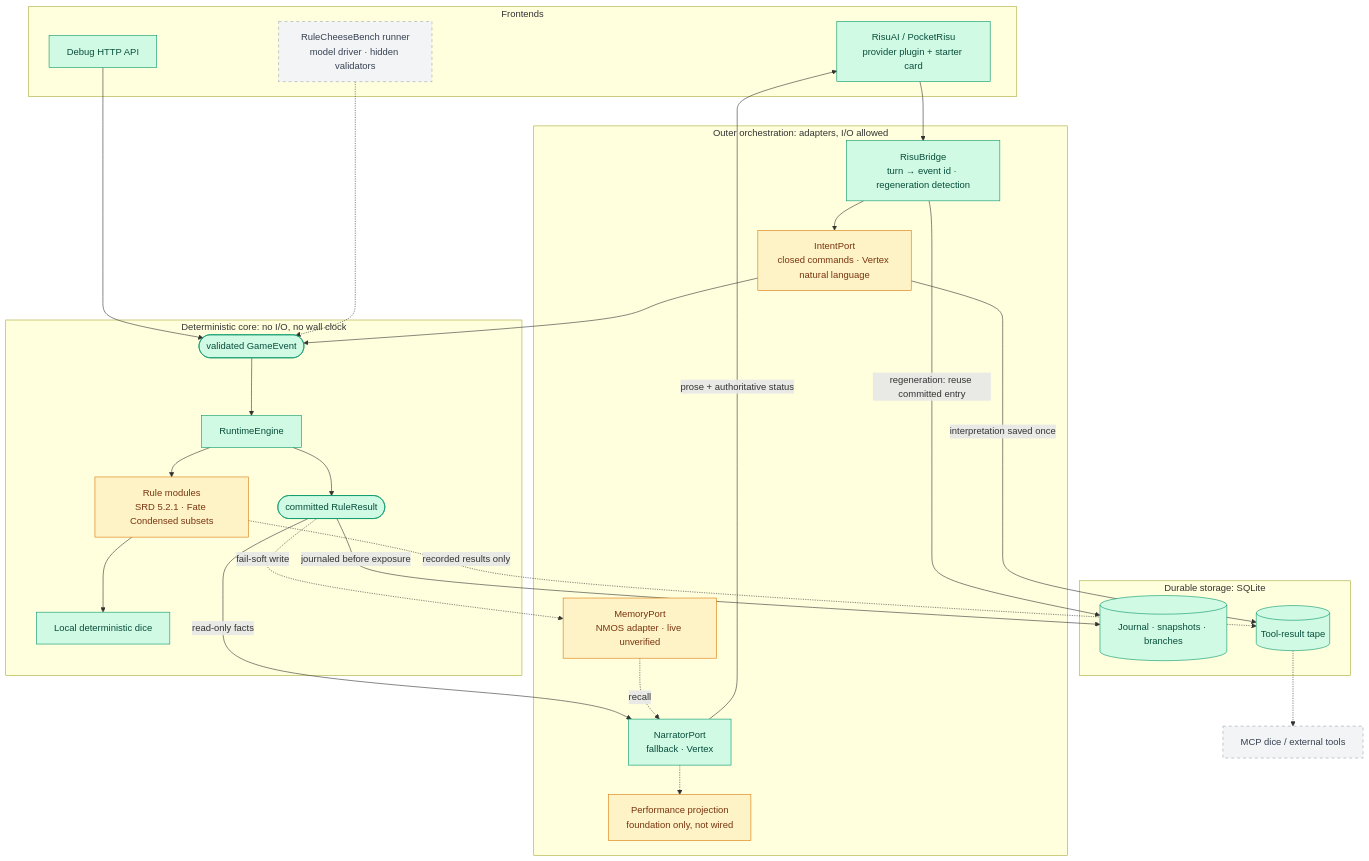
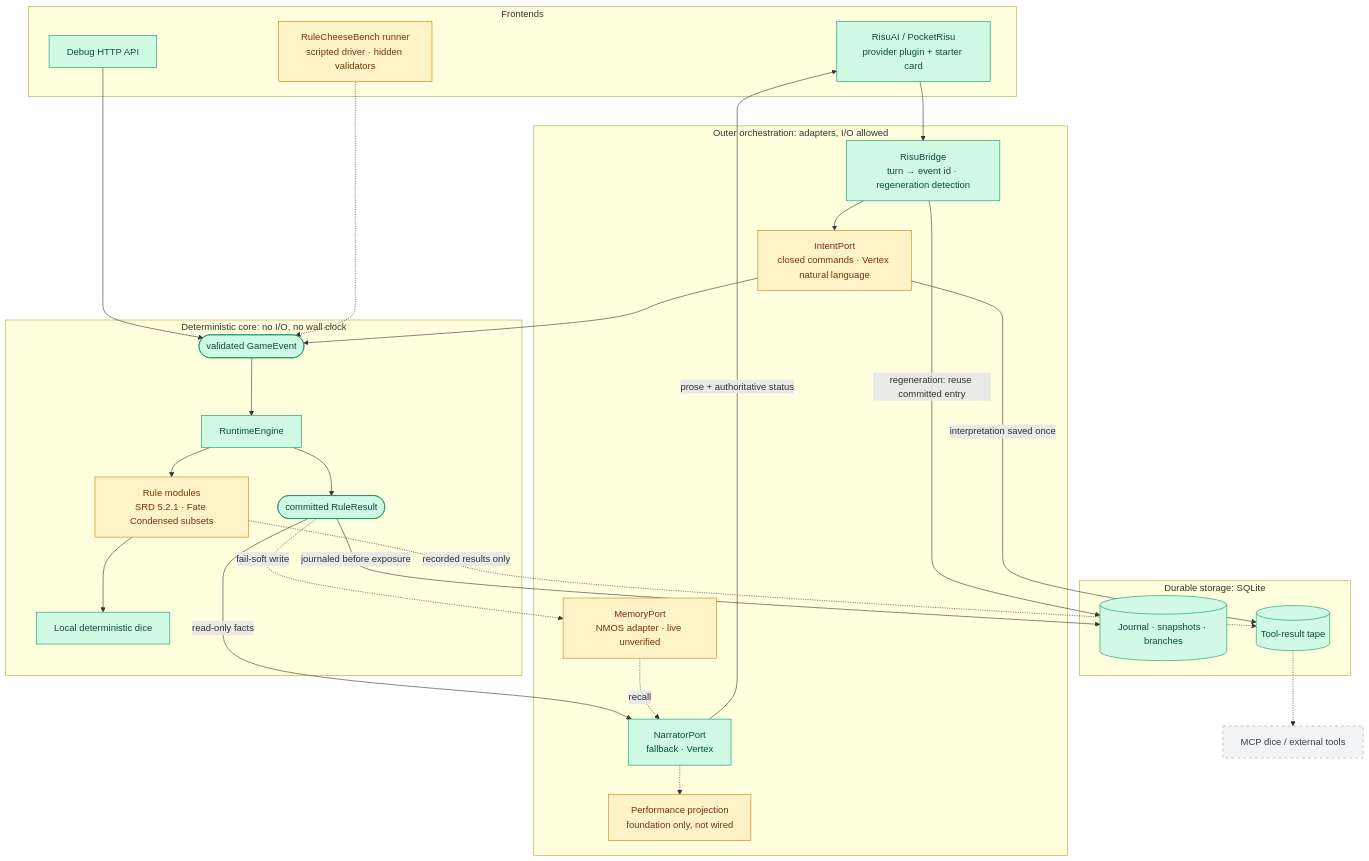
Before and after one commit to Sallos725/SAGA: the first of 2 diagrams in README.md, drawn with Mermaid. The commit also changed other lines of this file and 11 other files, not shown here.

First line of the commit message:
feat: RuleCheeseBench runner on the production runtime

````diff
--- a/README.md
+++ b/README.md
@@ -33,51 +33,51 @@
 ```mermaid
 flowchart TD
     subgraph FE["Frontends"]
         risu["RisuAI / PocketRisu<br/>provider plugin + starter card"]:::done
         http["Debug HTTP API"]:::done
-        bench["RuleCheeseBench runner<br/>model driver · hidden validators"]:::planned
+        bench["RuleCheeseBench runner<br/>scripted driver · hidden validators"]:::partial
     end
 
     subgraph OUT["Outer orchestration: adapters, I/O allowed"]
         bridge["RisuBridge<br/>turn → event id · regeneration detection"]:::done
         intent["IntentPort<br/>closed commands · Vertex natural language"]:::partial
         narr["NarratorPort<br/>fallback · Vertex"]:::done
         mem["MemoryPort<br/>NMOS adapter · live unverified"]:::partial
         perf["Performance projection<br/>foundation only, not wired"]:::partial
     end
 
     subgraph CORE["Deterministic core: no I/O, no wall clock"]
         event(["validated GameEvent"]):::done
         engine["RuntimeEngine"]:::done
         rules["Rule modules<br/>SRD 5.2.1 · Fate Condensed subsets"]:::partial
         dice["Local deterministic dice"]:::done
         result(["committed RuleResult"]):::done
     end
 
     subgraph STORE["Durable storage: SQLite"]
         journal[("Journal · snapshots · branches")]:::done
         tape[("Tool-result tape")]:::done
     end
 
     mcp["MCP dice / external tools"]:::planned
 
     risu --> bridge --> intent --> event
     http --> event
     bench -.-> event
     event --> engine --> rules --> dice
     engine --> result
     result -- "journaled before exposure" --> journal
     intent -- "interpretation saved once" --> tape
     rules -. "recorded results only" .-> tape
     tape -.-> mcp
     bridge -- "regeneration: reuse committed entry" --> journal
     result -- "read-only facts" --> narr
     narr -- "prose + authoritative status" --> risu
     result -. "fail-soft write" .-> mem
     mem -. "recall" .-> narr
     narr -.-> perf
 
     classDef done fill:#d1fae5,stroke:#059669,color:#064e3b
     classDef partial fill:#fef3c7,stroke:#d97706,color:#78350f
     classDef planned fill:#f3f4f6,stroke:#9ca3af,color:#374151,stroke-dasharray: 5 5
 ```
````
